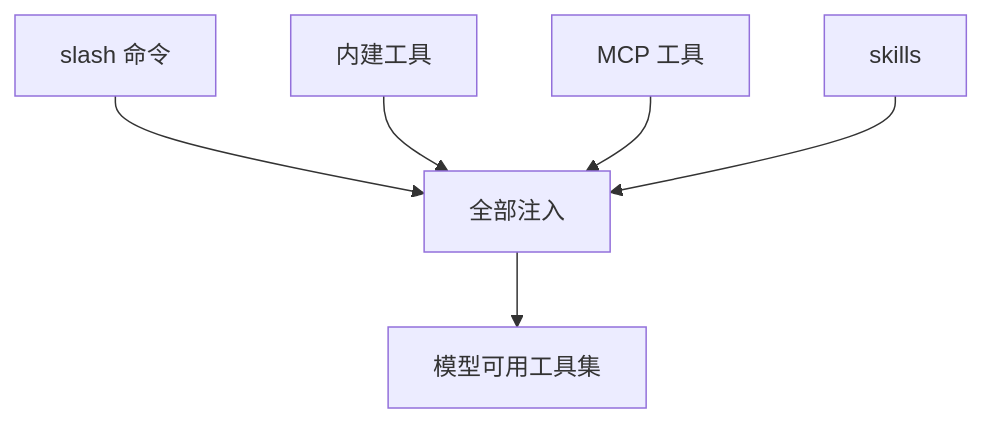
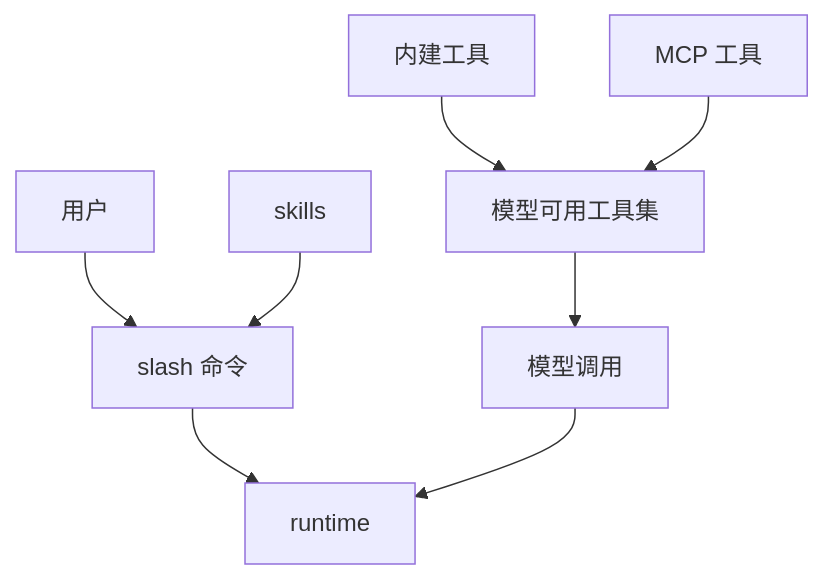
One commit to betaHi/betaHi.github.io changed the diagram in claude-code-architecture/02-commands-and-tools.md. Above: the diagram before and after it, drawn with Mermaid. The commit also changed 3 other files, not shown here.

First line of the commit message:
Audit all mermaid diagrams for source fidelity

````diff
--- a/claude-code-architecture/02-commands-and-tools.md
+++ b/claude-code-architecture/02-commands-and-tools.md
@@ -41,8 +41,10 @@
 ```mermaid
 flowchart TD
-    A["slash 命令"] --> E["全部注入"]
-    B["内建工具"] --> E
-    C["MCP 工具"] --> E
-    D["skills"] --> E
-    E --> F["模型可用工具集"]
+    U["用户"] --> A["slash 命令"]
+    A --> RT["runtime"]
+    D["skills"] --> A
+    B["内建工具"] --> T["模型可用工具集"]
+    C["MCP 工具"] --> T
+    T --> M["模型调用"]
+    M --> RT
 ```
````
